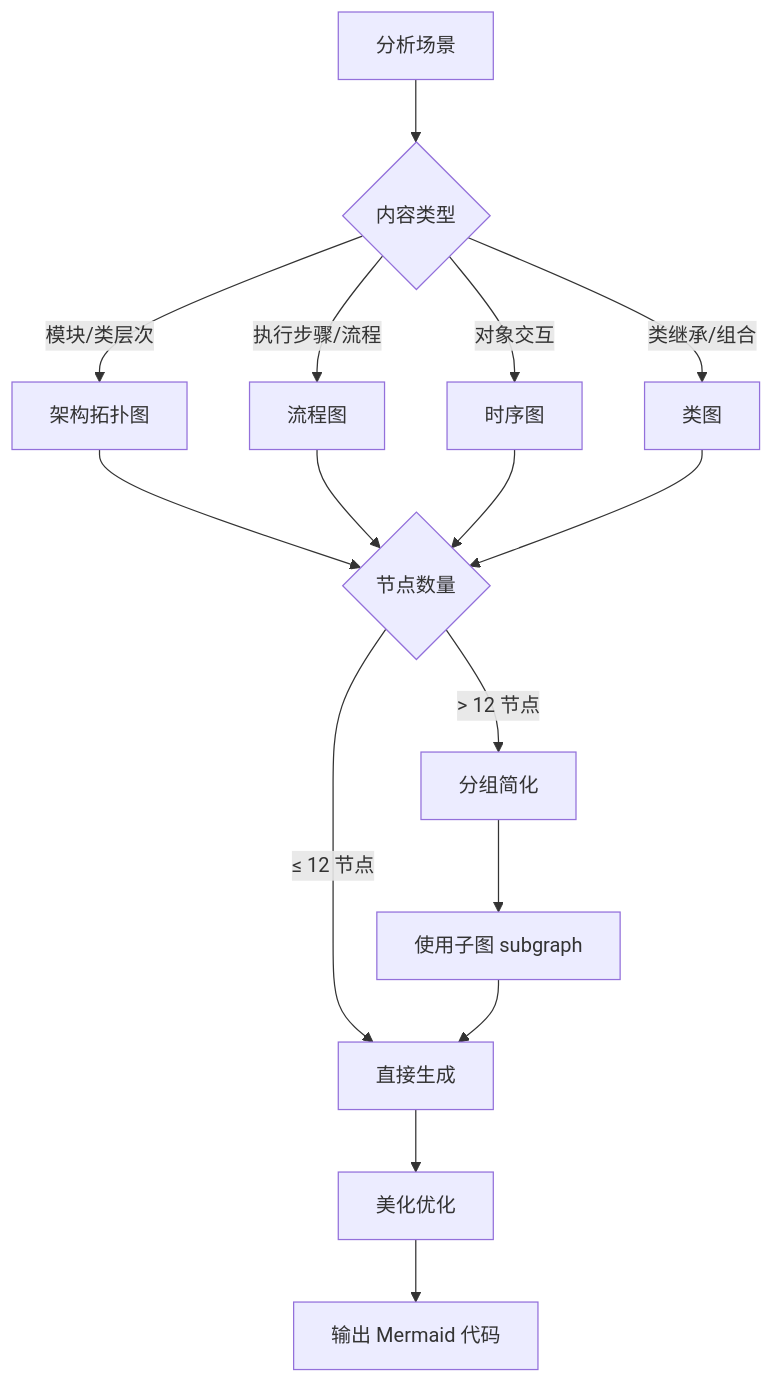
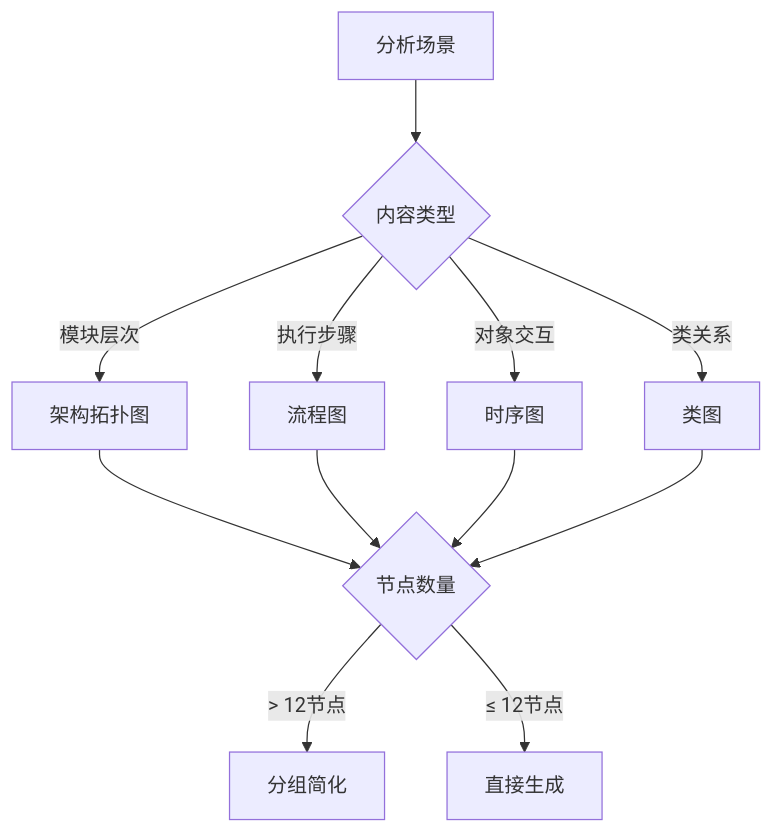
The sixth of 7 diagrams in agents/code-analyzer.md (JIA-ss/agents), drawn with Mermaid before and after one commit. The commit also changed other lines of this file and 4 other files, not shown here.

````diff
--- a/agents/code-analyzer.md
+++ b/agents/code-analyzer.md
@@ -271,22 +158,16 @@
 ```mermaid
 flowchart TD
     A[分析场景] --> B{内容类型}
-
-    B -->|模块/类层次| C[架构拓扑图]
-    B -->|执行步骤/流程| D[流程图]
+    B -->|模块层次| C[架构拓扑图]
+    B -->|执行步骤| D[流程图]
     B -->|对象交互| E[时序图]
-    B -->|类继承/组合| F[类图]
+    B -->|类关系| F[类图]
 
     C --> G{节点数量}
     D --> G
     E --> G
     F --> G
 
-    G -->|> 12 节点| H[分组简化]
-    G -->|≤ 12 节点| I[直接生成]
-
-    H --> J[使用子图 subgraph]
-    J --> I
-    I --> K[美化优化]
-    K --> L[输出 Mermaid 代码]
+    G -->|> 12节点| H[分组简化]
+    G -->|≤ 12节点| I[直接生成]
 ```
````
